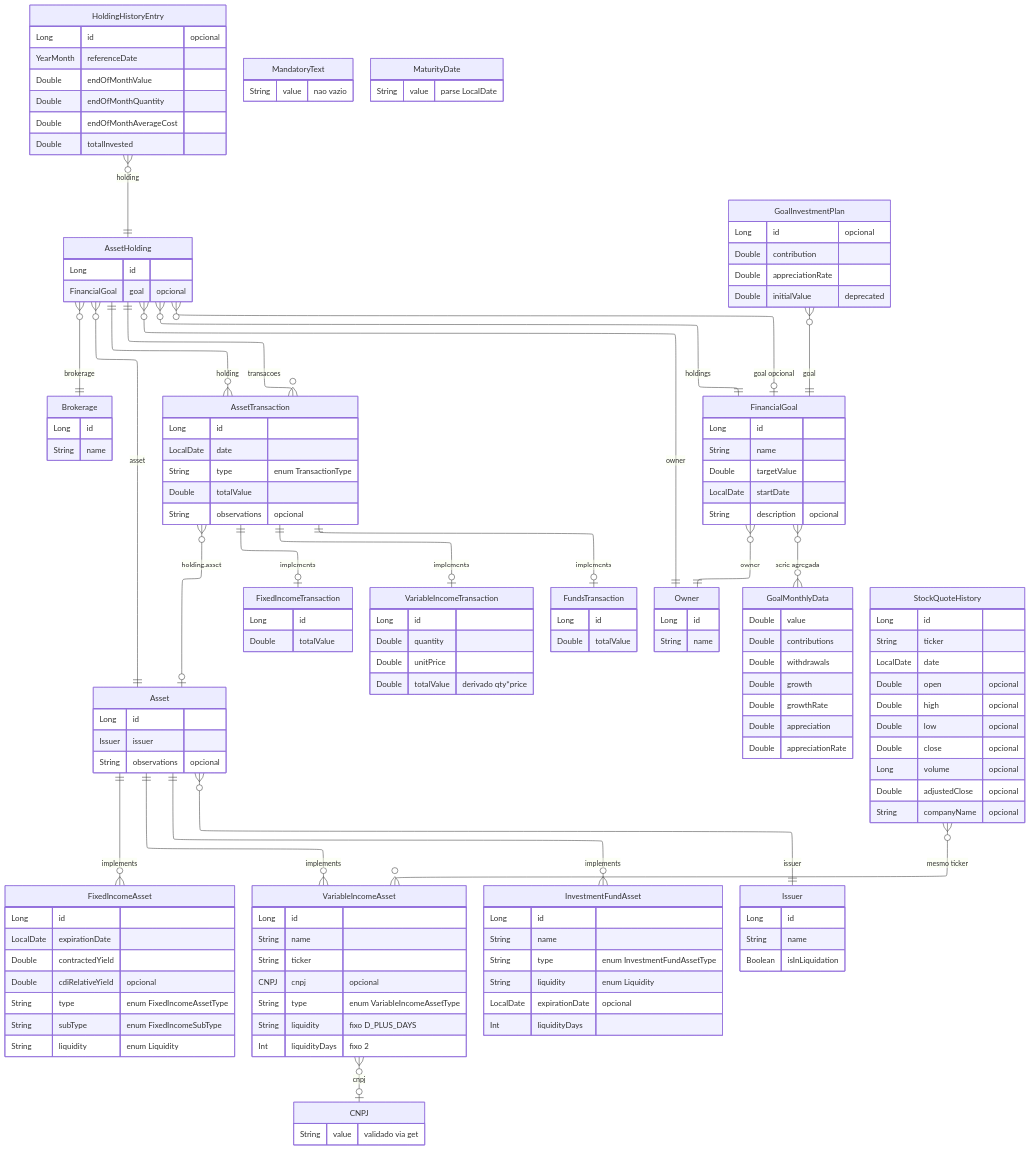
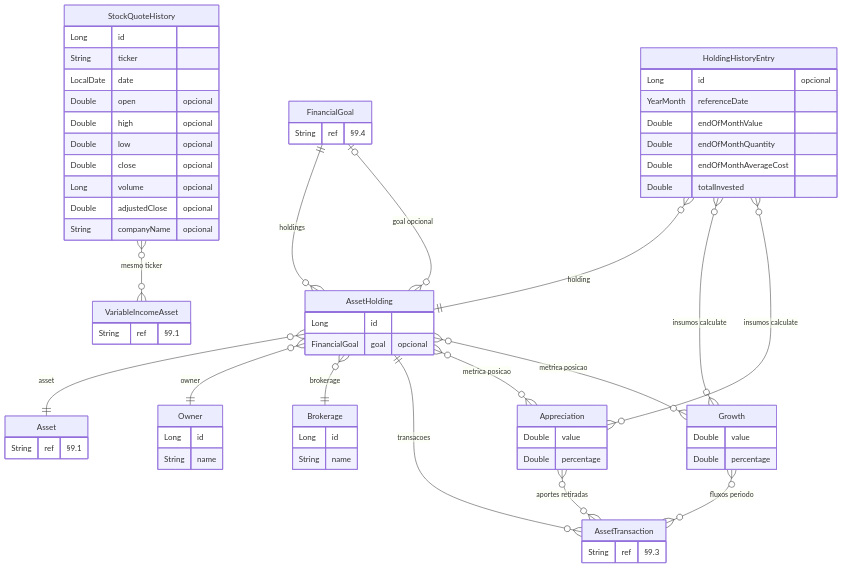
Before and after one commit to enirsilvaferraz/Investments-KMP: the second of 5 diagrams in core/domain/entity/docs/DOMAIN.md, drawn with Mermaid. The commit also changed other lines of this file, not shown here.

First paragraph of the commit message:
docs: Refactor and expand domain ER diagrams in DOMAIN.md
This commit reorganizes the Entity Relationship (ER) diagrams in the domain documentation, splitting the previously consolidated diagram into package-specific sections to improve readability and maintainability.

````diff
--- a/core/domain/entity/docs/DOMAIN.md
+++ b/core/domain/entity/docs/DOMAIN.md
@@ -107,70 +164,20 @@
 ```mermaid
-%%{init: {"layout": "elk"}}%%
 erDiagram
-    direction TB
     Asset {
-        Long id
-        Issuer issuer
-        String observations "opcional"
+        String ref "§9.1"
     }
-    FixedIncomeAsset {
-        Long id
-        LocalDate expirationDate
-        Double contractedYield
-        Double cdiRelativeYield "opcional"
-        String type "enum FixedIncomeAssetType"
-        String subType "enum FixedIncomeSubType"
-        String liquidity "enum Liquidity"
+    FinancialGoal {
+        String ref "§9.4"
     }
     VariableIncomeAsset {
-        Long id
-        String name
-        String ticker
-        CNPJ cnpj "opcional"
-        String type "enum VariableIncomeAssetType"
-        String liquidity "fixo D_PLUS_DAYS"
-        Int liquidityDays "fixo 2"
+        String ref "§9.1"
     }
-    InvestmentFundAsset {
-        Long id
-        String name
-        String type "enum InvestmentFundAssetType"
-        String liquidity "enum Liquidity"
-        LocalDate expirationDate "opcional"
-        Int liquidityDays
+    AssetTransaction {
+        String ref "§9.3"
     }
     AssetHolding {
         Long id
         FinancialGoal goal "opcional"
-    }
-    AssetTransaction {
-        Long id
-        LocalDate date
-        String type "enum TransactionType"
-        Double totalValue
-        String observations "opcional"
-    }
-    FixedIncomeTransaction {
-        Long id
-        Double totalValue
-    }
-    VariableIncomeTransaction {
-        Long id
-        Double quantity
-        Double unitPrice
-        Double totalValue "derivado qty*price"
-    }
-    FundsTransaction {
-        Long id
-        Double totalValue
-    }
-    HoldingHistoryEntry {
-        Long id "opcional"
-        YearMonth referenceDate
-        Double endOfMonthValue
-        Double endOfMonthQuantity
-        Double endOfMonthAverageCost
-        Double totalInvested
     }
     Owner {
         Long id
@@ -180,32 +187,13 @@
         Long id
         String name
     }
-    Issuer {
-        Long id
-        String name
-        Boolean isInLiquidation
-    }
-    FinancialGoal {
-        Long id
-        String name
-        Double targetValue
-        LocalDate startDate
-        String description "opcional"
-    }
-    GoalInvestmentPlan {
+    HoldingHistoryEntry {
         Long id "opcional"
-        Double contribution
-        Double appreciationRate
-        Double initialValue "deprecated"
-    }
-    GoalMonthlyData {
-        Double value
-        Double contributions
-        Double withdrawals
-        Double growth
-        Double growthRate
-        Double appreciation
-        Double appreciationRate
+        YearMonth referenceDate
+        Double endOfMonthValue
+        Double endOfMonthQuantity
+        Double endOfMonthAverageCost
+        Double totalInvested
     }
     StockQuoteHistory {
         Long id
@@ -219,38 +207,26 @@
         Double adjustedClose "opcional"
         String companyName "opcional"
     }
-    CNPJ {
-        String value "validado via get"
+    Appreciation {
+        Double value
+        Double percentage
     }
-    MandatoryText {
-        String value "nao vazio"
+    Growth {
+        Double value
+        Double percentage
     }
-    MaturityDate {
-        String value "parse LocalDate"
-    }
-
-    Asset ||--o{ FixedIncomeAsset : "implements"
-    Asset ||--o{ VariableIncomeAsset : "implements"
-    Asset ||--o{ InvestmentFundAsset : "implements"
-    Asset }o--|| Issuer : "issuer"
-    VariableIncomeAsset }o--o| CNPJ : "cnpj"
     AssetHolding }o--|| Asset : "asset"
     AssetHolding }o--|| Owner : "owner"
     AssetHolding }o--|| Brokerage : "brokerage"
     AssetHolding }o--o| FinancialGoal : "goal opcional"
     FinancialGoal ||--o{ AssetHolding : "holdings"
-    FinancialGoal }o--|| Owner : "owner"
     AssetHolding ||--o{ AssetTransaction : "transacoes"
-    AssetTransaction }o--|| AssetHolding : "holding"
-    AssetTransaction ||--o| FixedIncomeTransaction : "implements"
-    AssetTransaction ||--o| VariableIncomeTransaction : "implements"
-    AssetTransaction ||--o| FundsTransaction : "implements"
-    AssetTransaction }o--o| Asset : "holding.asset"
-%%    FixedIncomeTransaction }o--o{ FixedIncomeAsset : "RF via holding"
-%%    VariableIncomeTransaction }o--o{ VariableIncomeAsset : "RV via holding"
-%%    FundsTransaction }o--o{ InvestmentFundAsset : "fundo via holding"
     HoldingHistoryEntry }o--|| AssetHolding : "holding"
-    FinancialGoal }o--o{ GoalMonthlyData : "serie agregada"
-    GoalInvestmentPlan }o--|| FinancialGoal : "goal"
+    HoldingHistoryEntry }o--o{ Growth : "insumos calculate"
+    HoldingHistoryEntry }o--o{ Appreciation : "insumos calculate"
+    AssetHolding }o--o{ Appreciation : "metrica posicao"
+    AssetHolding }o--o{ Growth : "metrica posicao"
+    Appreciation }o--o{ AssetTransaction : "aportes retiradas"
+    Growth }o--o{ AssetTransaction : "fluxos periodo"
     StockQuoteHistory }o--o{ VariableIncomeAsset : "mesmo ticker"
 ```
````
